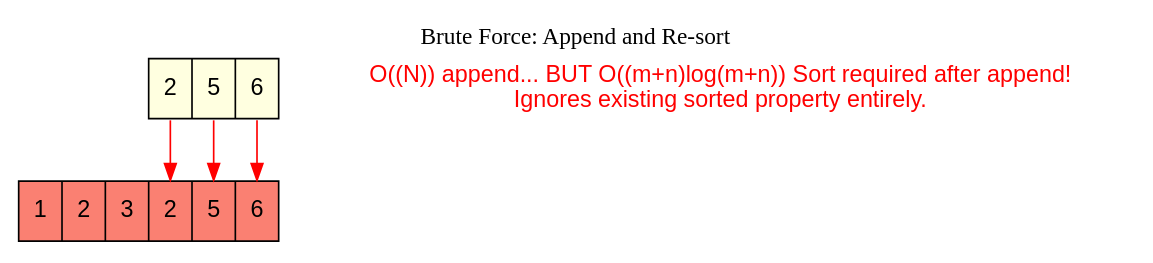
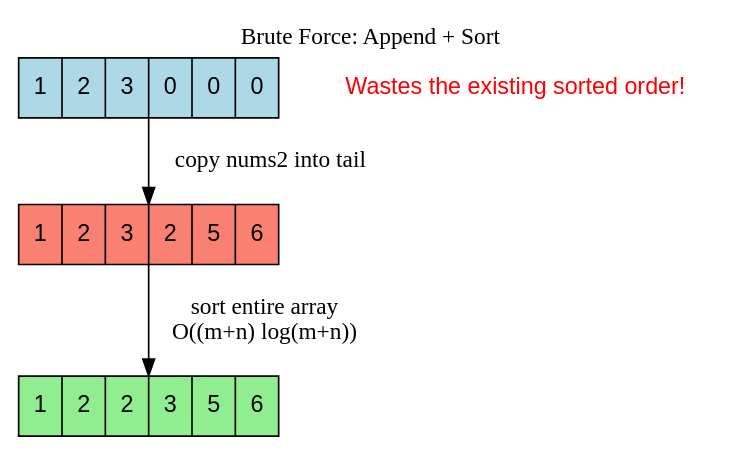
The diagram in 088-merge-sorted-array/dot/bruteforce.dot (jensonp/leetcode), drawn with Graphviz before and after one commit. The commit also changed 23 other files, not shown here.

Commit message:
Full workflow-compliant 088 README: glossary, 3-claim proof, 30-sec interview proof, 11 diagrams, mapping table

```diff
--- a/088-merge-sorted-array/dot/bruteforce.dot
+++ b/088-merge-sorted-array/dot/bruteforce.dot
@@ -1,12 +1,10 @@
 digraph G {
-rankdir=TB;
-node [shape=record, fontname="Helvetica"];
-nums1 [label="<f0> 1 |<f1> 2 |<f2> 3 |<f3> 2 |<f4> 5 |<f5> 6", fillcolor=salmon, style=filled];
-nums2 [label="<f0> 2 |<f1> 5 |<f2> 6", fillcolor=lightyellow, style=filled];
-edge [color=red];
-nums2:f0 -> nums1:f3;
-nums2:f1 -> nums1:f4;
-nums2:f2 -> nums1:f5;
-note [shape=plaintext, label="O((N)) append... BUT O((m+n)log(m+n)) Sort required after append!\nIgnores existing sorted property entirely.", fontcolor=red];
-labelloc="t"; label="Brute Force: Append and Re-sort"; fontsize=14;
+rankdir=TB; node [shape=record, fontname="Helvetica"];
+before [label="1 | 2 | 3 | 0 | 0 | 0", style=filled, fillcolor=lightblue];
+after_copy [label="1 | 2 | 3 | 2 | 5 | 6", style=filled, fillcolor=salmon];
+after_sort [label="1 | 2 | 2 | 3 | 5 | 6", style=filled, fillcolor=lightgreen];
+before -> after_copy [label="copy nums2 into tail"];
+after_copy -> after_sort [label="sort entire array\nO((m+n) log(m+n))"];
+waste [shape=plaintext, label="Wastes the existing sorted order!", fontcolor=red];
+labelloc="t"; label="Brute Force: Append + Sort"; fontsize=14;
 }
```
